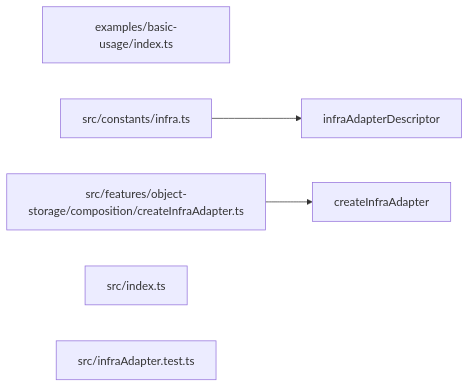
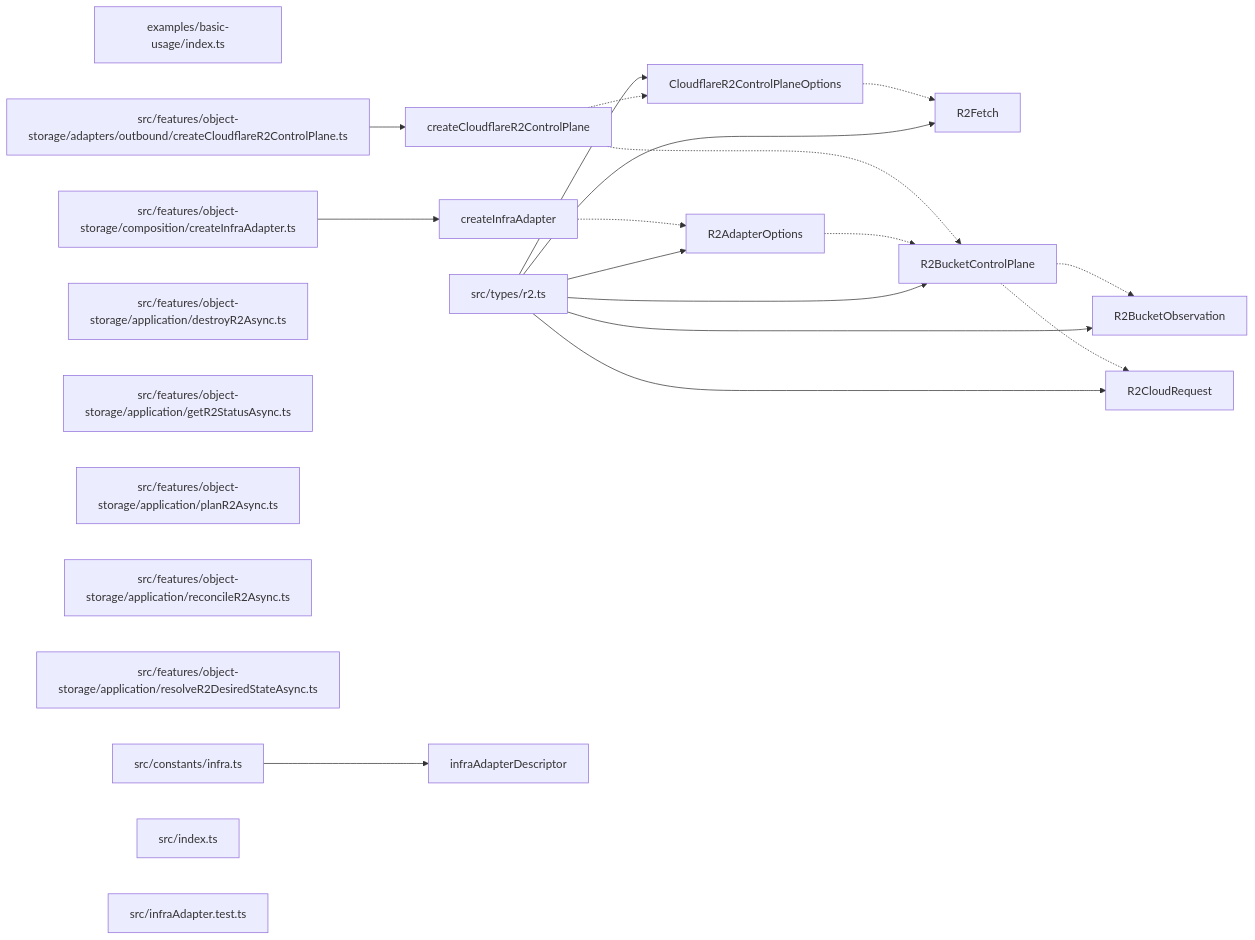
Before and after one commit to ankhorage/r2: the diagram in paradox/diagrams/export-graph.mmd, drawn with Mermaid. The commit also changed 22 other files, not shown here.

```diff
--- a/paradox/diagrams/export-graph.mmd
+++ b/paradox/diagrams/export-graph.mmd
@@ -1,10 +1,38 @@
 graph LR
   module_examples_basic_usage_index_ts["examples/basic-usage/index.ts"]
   module_src_constants_infra_ts["src/constants/infra.ts"]
+  module_src_features_object_storage_adapters_outbound_createCloudflareR2ControlPlane_ts["src/features/object-storage/adapters/outbound/createCloudflareR2ControlPlane.ts"]
+  module_src_features_object_storage_application_destroyR2Async_ts["src/features/object-storage/application/destroyR2Async.ts"]
+  module_src_features_object_storage_application_getR2StatusAsync_ts["src/features/object-storage/application/getR2StatusAsync.ts"]
+  module_src_features_object_storage_application_planR2Async_ts["src/features/object-storage/application/planR2Async.ts"]
+  module_src_features_object_storage_application_reconcileR2Async_ts["src/features/object-storage/application/reconcileR2Async.ts"]
+  module_src_features_object_storage_application_resolveR2DesiredStateAsync_ts["src/features/object-storage/application/resolveR2DesiredStateAsync.ts"]
   module_src_features_object_storage_composition_createInfraAdapter_ts["src/features/object-storage/composition/createInfraAdapter.ts"]
   module_src_index_ts["src/index.ts"]
   module_src_infraAdapter_test_ts["src/infraAdapter.test.ts"]
+  module_src_types_r2_ts["src/types/r2.ts"]
+  export_CloudflareR2ControlPlaneOptions["CloudflareR2ControlPlaneOptions"]
+  module_src_types_r2_ts --> export_CloudflareR2ControlPlaneOptions
+  export_CloudflareR2ControlPlaneOptions -.-> export_R2Fetch
+  export_createCloudflareR2ControlPlane["createCloudflareR2ControlPlane"]
+  module_src_features_object_storage_adapters_outbound_createCloudflareR2ControlPlane_ts --> export_createCloudflareR2ControlPlane
+  export_createCloudflareR2ControlPlane -.-> export_CloudflareR2ControlPlaneOptions
+  export_createCloudflareR2ControlPlane -.-> export_R2BucketControlPlane
   export_createInfraAdapter["createInfraAdapter"]
   module_src_features_object_storage_composition_createInfraAdapter_ts --> export_createInfraAdapter
+  export_createInfraAdapter -.-> export_R2AdapterOptions
   export_infraAdapterDescriptor["infraAdapterDescriptor"]
   module_src_constants_infra_ts --> export_infraAdapterDescriptor
+  export_R2AdapterOptions["R2AdapterOptions"]
+  module_src_types_r2_ts --> export_R2AdapterOptions
+  export_R2AdapterOptions -.-> export_R2BucketControlPlane
+  export_R2BucketControlPlane["R2BucketControlPlane"]
+  module_src_types_r2_ts --> export_R2BucketControlPlane
+  export_R2BucketControlPlane -.-> export_R2BucketObservation
+  export_R2BucketControlPlane -.-> export_R2CloudRequest
+  export_R2BucketObservation["R2BucketObservation"]
+  module_src_types_r2_ts --> export_R2BucketObservation
+  export_R2CloudRequest["R2CloudRequest"]
+  module_src_types_r2_ts --> export_R2CloudRequest
+  export_R2Fetch["R2Fetch"]
+  module_src_types_r2_ts --> export_R2Fetch
```
